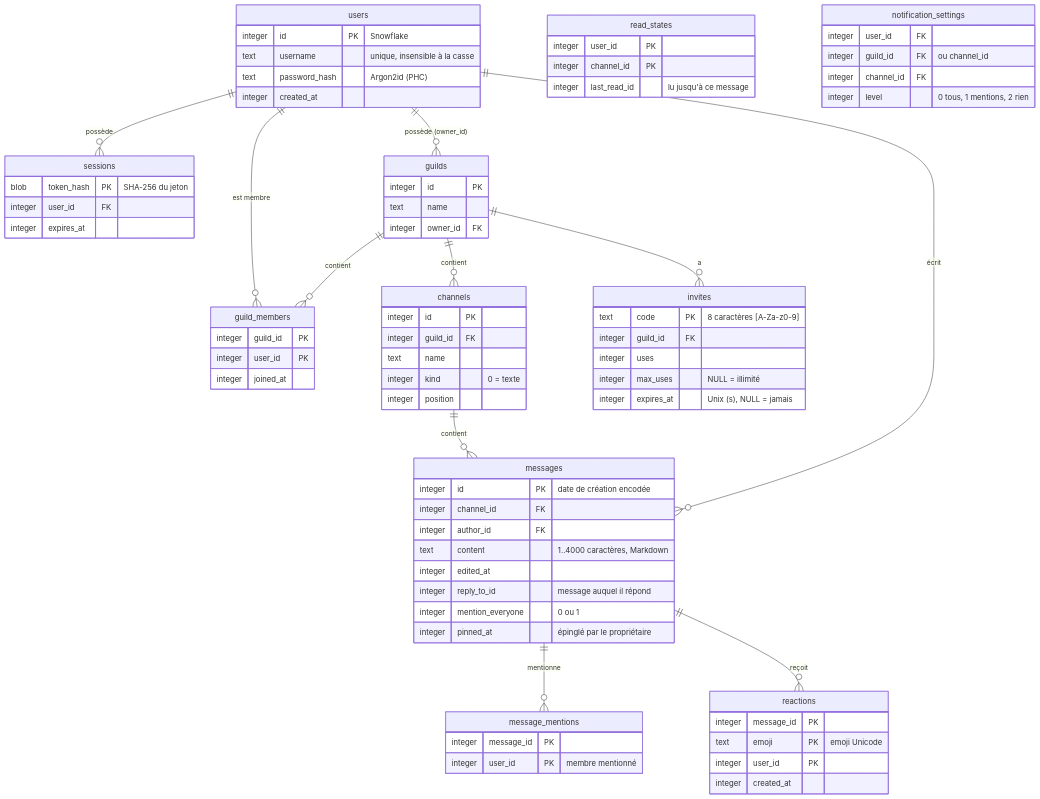
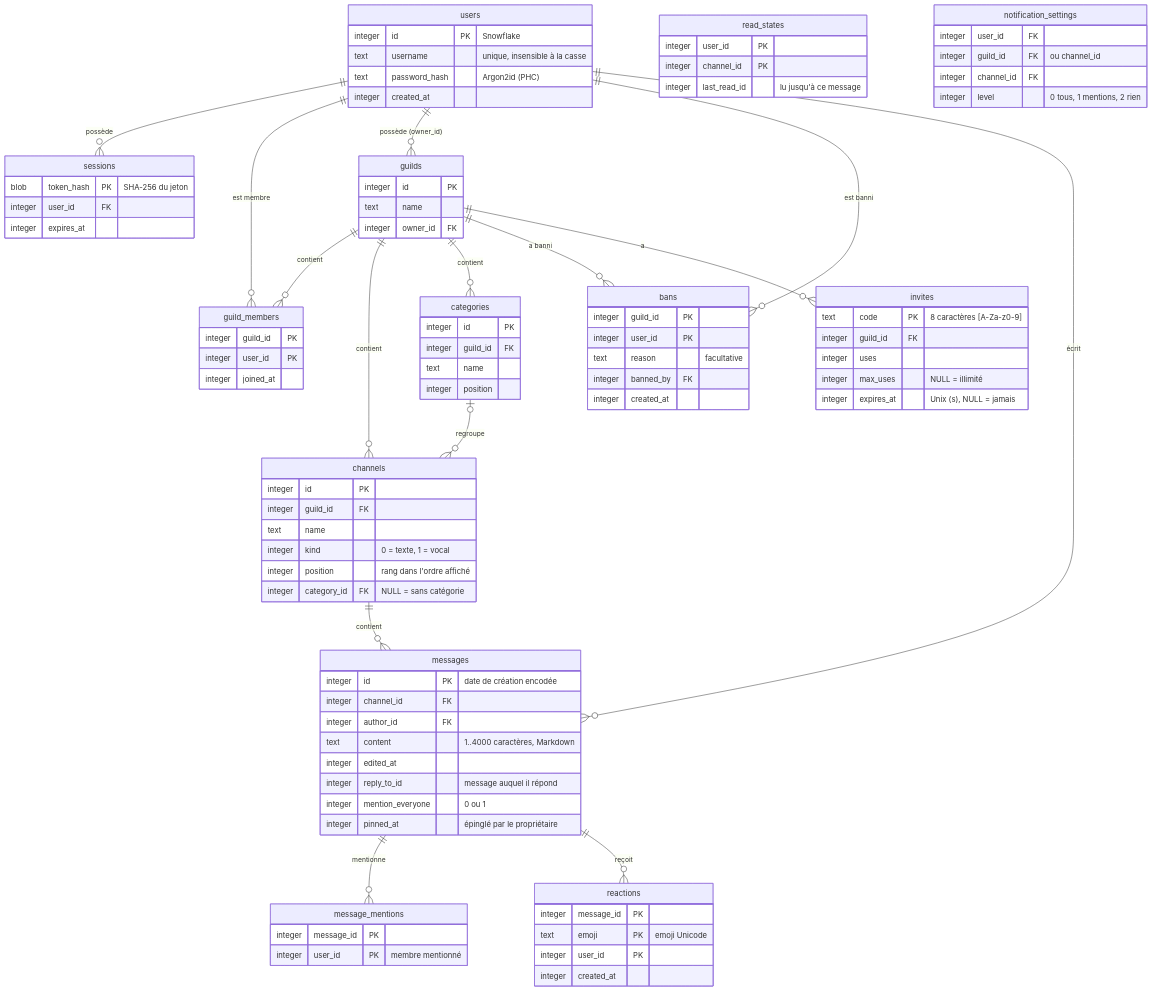
Before and after one commit to DonRosio/plume-lite: the fourth of 4 diagrams in docs/ARCHITECTURE.md, drawn with Mermaid. The commit also changed other lines of this file and 33 other files, not shown here.

```diff
--- a/docs/ARCHITECTURE.md
+++ b/docs/ARCHITECTURE.md
@@ -171,6 +172,10 @@
     guilds ||--o{ guild_members : "contient"
     users ||--o{ guilds : "possède (owner_id)"
     guilds ||--o{ channels : "contient"
+    guilds ||--o{ categories : "contient"
+    categories |o--o{ channels : "regroupe"
+    guilds ||--o{ bans : "a banni"
+    users ||--o{ bans : "est banni"
     channels ||--o{ messages : "contient"
     users ||--o{ messages : "écrit"
     messages ||--o{ message_mentions : "mentionne"
@@ -201,8 +206,22 @@
         integer id PK
         integer guild_id FK
         text name
-        integer kind "0 = texte"
+        integer kind "0 = texte, 1 = vocal"
+        integer position "rang dans l'ordre affiché"
+        integer category_id FK "NULL = sans catégorie"
+    }
+    categories {
+        integer id PK
+        integer guild_id FK
+        text name
         integer position
+    }
+    bans {
+        integer guild_id PK
+        integer user_id PK
+        text reason "facultative"
+        integer banned_by FK
+        integer created_at
     }
     messages {
         integer id PK "date de création encodée"
```
